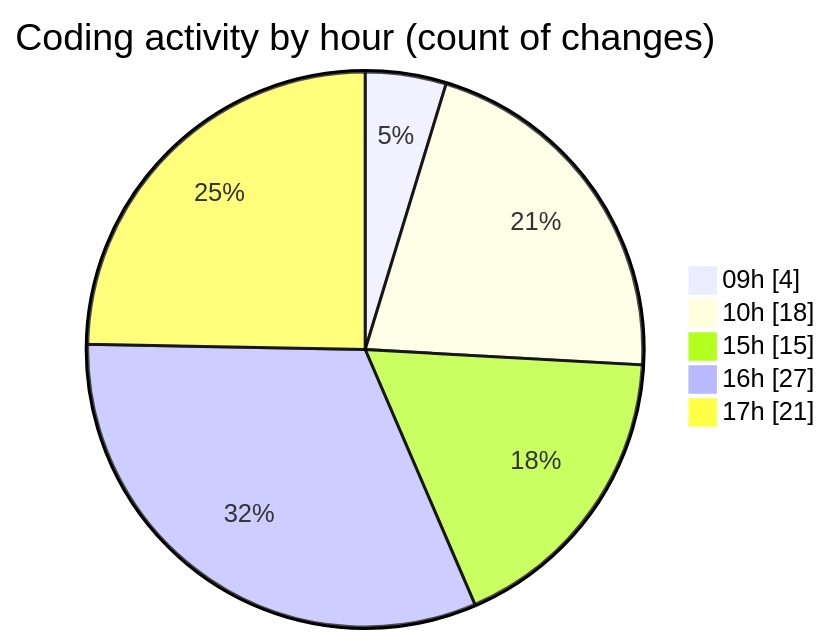
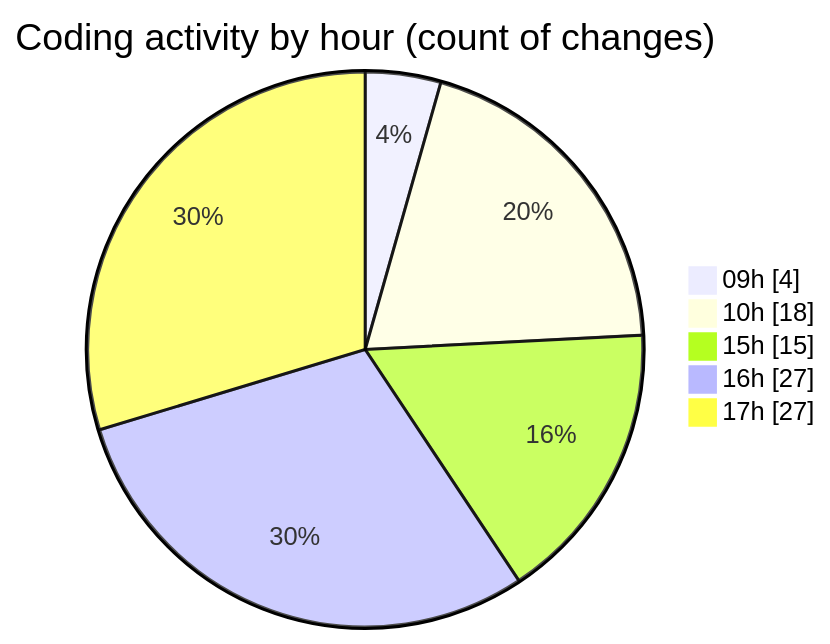
The second of 2 diagrams in 2025-08-20/cda/README.md (momahboobian/code-tracking), drawn with Mermaid before and after one commit. The commit also changed other lines of this file and 1 other file, not shown here.

````diff
--- a/2025-08-20/cda/README.md
+++ b/2025-08-20/cda/README.md
@@ -37,9 +37,9 @@
 ```mermaid
 pie showData
 title Coding activity by hour (count of changes)
 "09h" : 4
 "10h" : 18
 "15h" : 15
 "16h" : 27
-"17h" : 21
+"17h" : 27
 ```
````
